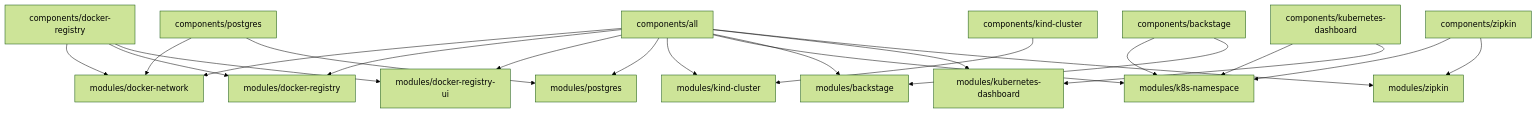
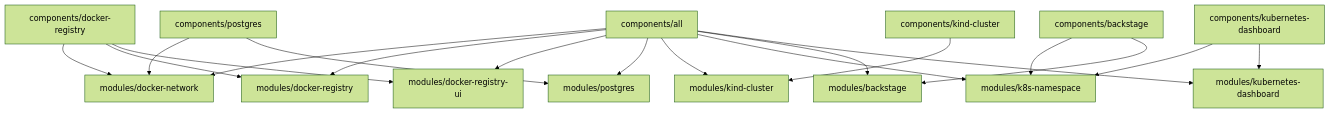
One commit to medimohammadise/elegant-infra-engine changed the second of 3 diagrams in README.md. Above: the diagram before and after it, drawn with Mermaid (forest theme). The commit also changed other lines of this file, not shown here.

Commit message:
Remove Zipkin additions from README diagrams

````diff
--- a/README.md
+++ b/README.md
@@ -53,27 +51,24 @@
 ```mermaid
 flowchart TD
   All["components/all"] --> DockerNetwork["modules/docker-network"]
   All --> Registry["modules/docker-registry"]
   All --> RegistryUI["modules/docker-registry-ui"]
   All --> Postgres["modules/postgres"]
   All --> Kind["modules/kind-cluster"]
   All --> Namespace["modules/k8s-namespace"]
   All --> Backstage["modules/backstage"]
   All --> Dashboard["modules/kubernetes-dashboard"]
-  All --> Zipkin["modules/zipkin"]
 
   RegistryComponent["components/docker-registry"] --> DockerNetwork
   RegistryComponent --> Registry
   RegistryComponent --> RegistryUI
 
   PostgresComponent["components/postgres"] --> DockerNetwork
   PostgresComponent --> Postgres
 
   KindComponent["components/kind-cluster"] --> Kind
   BackstageComponent["components/backstage"] --> Namespace
   BackstageComponent --> Backstage
   DashboardComponent["components/kubernetes-dashboard"] --> Namespace
   DashboardComponent --> Dashboard
-  ZipkinComponent["components/zipkin"] --> Namespace
-  ZipkinComponent --> Zipkin
 ```
````
